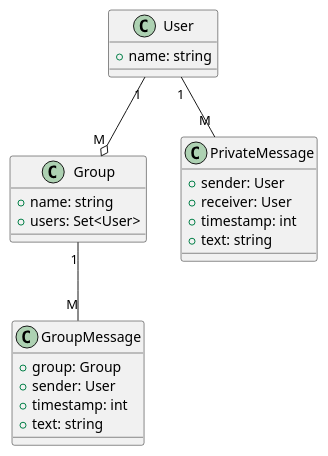
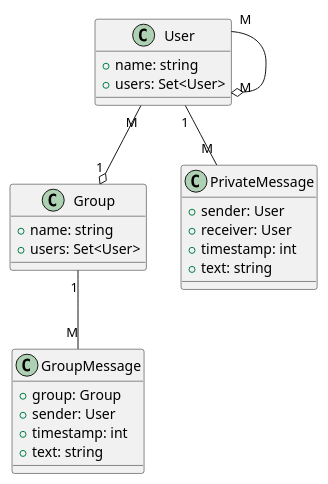
One commit to mexvav/chat changed the diagram in chat/documents/class_diagram.puml. Above: the diagram before and after it, drawn with PlantUML. The commit also changed 10 other files, not shown here.

```diff
--- a/chat/documents/class_diagram.puml
+++ b/chat/documents/class_diagram.puml
@@ -1,28 +1,30 @@
 @startuml
 class User {
   +name: string
+  +users: Set<User>
 }
 
 class Group {
   +name: string
   +users: Set<User>
 }
 
 class GroupMessage {
 	+group: Group
 	+sender: User
 	+timestamp: int
 	+text: string
 }
 
 class PrivateMessage {
 	+sender: User
 	+receiver: User
 	+timestamp: int
 	+text: string
 }
 
-User "1" --o "M" Group
+User "M" --o "M" User
+User "M" --o "1" Group
 User "1" -- "M" PrivateMessage
 Group "1" -- "M" GroupMessage
 @enduml
```
